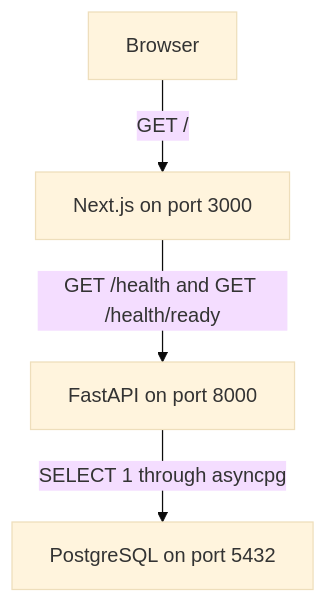
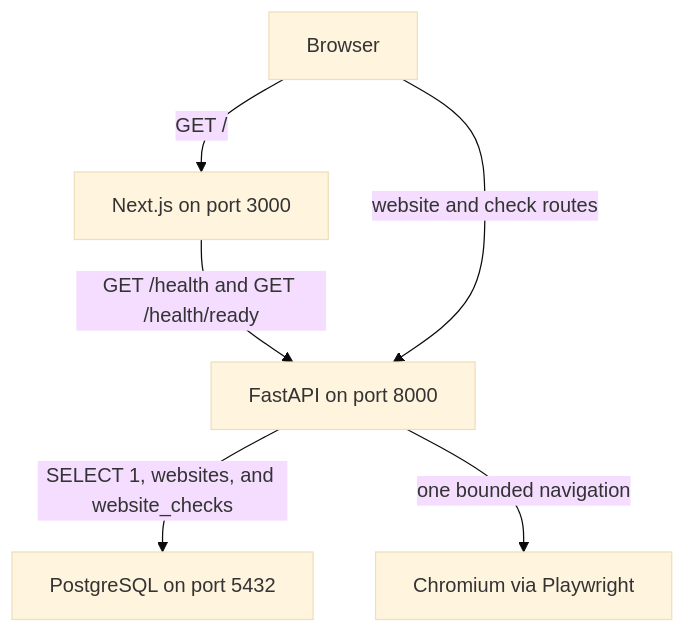
One commit to onmyownpace/sentinel changed the first of 6 diagrams in docs/architecture/overview.md. Above: the diagram before and after it, drawn with Mermaid (base theme). The commit also changed other lines of this file and 30 other files, not shown here.

Commit message:
Add bounded Playwright checks for registered websites.

````diff
--- a/docs/architecture/overview.md
+++ b/docs/architecture/overview.md
@@ -79,11 +92,14 @@
 ```mermaid
 flowchart TB
   browser[Browser]
   web["Next.js on port 3000"]
   api["FastAPI on port 8000"]
+  chromium["Chromium via Playwright"]
   db["PostgreSQL on port 5432"]
 
   browser -->|"GET /"| web
   web -->|"GET /health and GET /health/ready"| api
-  api -->|"SELECT 1 through asyncpg"| db
+  browser -->|"website and check routes"| api
+  api -->|"SELECT 1, websites, and website_checks"| db
+  api -->|"one bounded navigation"| chromium
 ```
````
